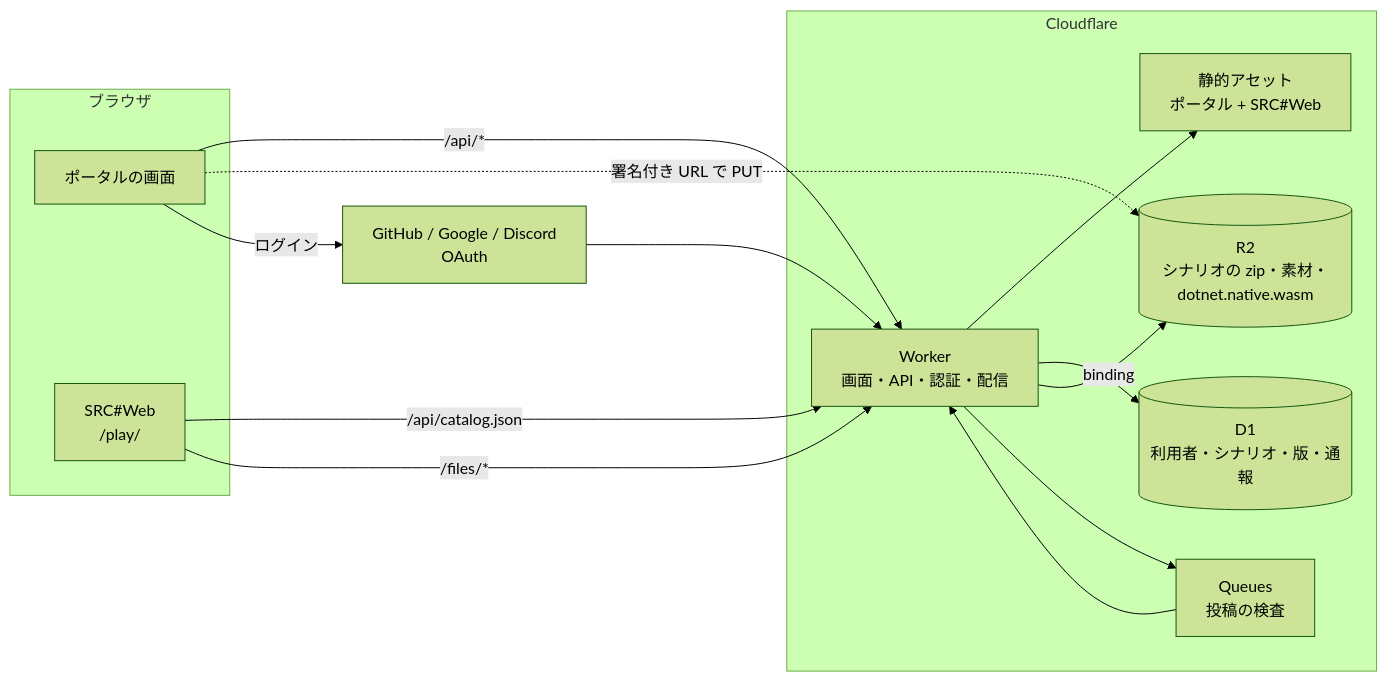
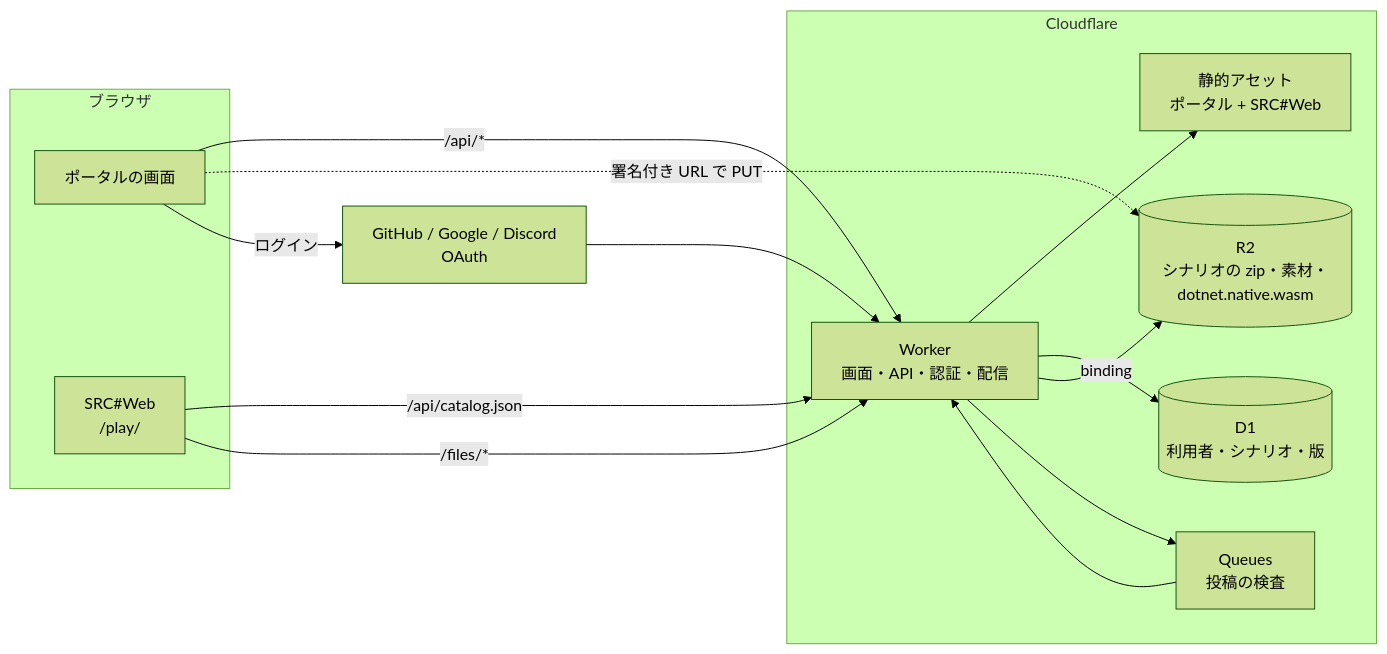
One commit to 7474/SRC-Site changed the first of 2 diagrams in docs/design.md. Above: the diagram before and after it, drawn with Mermaid (forest theme). The commit also changed other lines of this file and 16 other files, not shown here.

````diff
--- a/docs/design.md
+++ b/docs/design.md
@@ -26,25 +26,25 @@
 ```mermaid
 flowchart LR
   subgraph Browser[ブラウザ]
     Portal[ポータルの画面]
     Web[SRC#Web<br/>/play/]
   end
   subgraph CF[Cloudflare]
     Worker[Worker<br/>画面・API・認証・配信]
     Assets[静的アセット<br/>ポータル + SRC#Web]
-    D1[(D1<br/>利用者・シナリオ・版・通報)]
+    D1[(D1<br/>利用者・シナリオ・版)]
     R2[(R2<br/>シナリオの zip・素材・dotnet.native.wasm)]
     Queue[Queues<br/>投稿の検査]
   end
   IdP[GitHub / Google / Discord<br/>OAuth]
 
   Portal -->|/api/*| Worker
   Web -->|/api/catalog.json| Worker
   Web -->|/files/*| Worker
   Worker --> Assets
   Worker --> D1
   Worker -->|binding| R2
   Portal -.->|署名付き URL で PUT| R2
   Worker --> Queue --> Worker
   Portal -->|ログイン| IdP --> Worker
 ```
````
